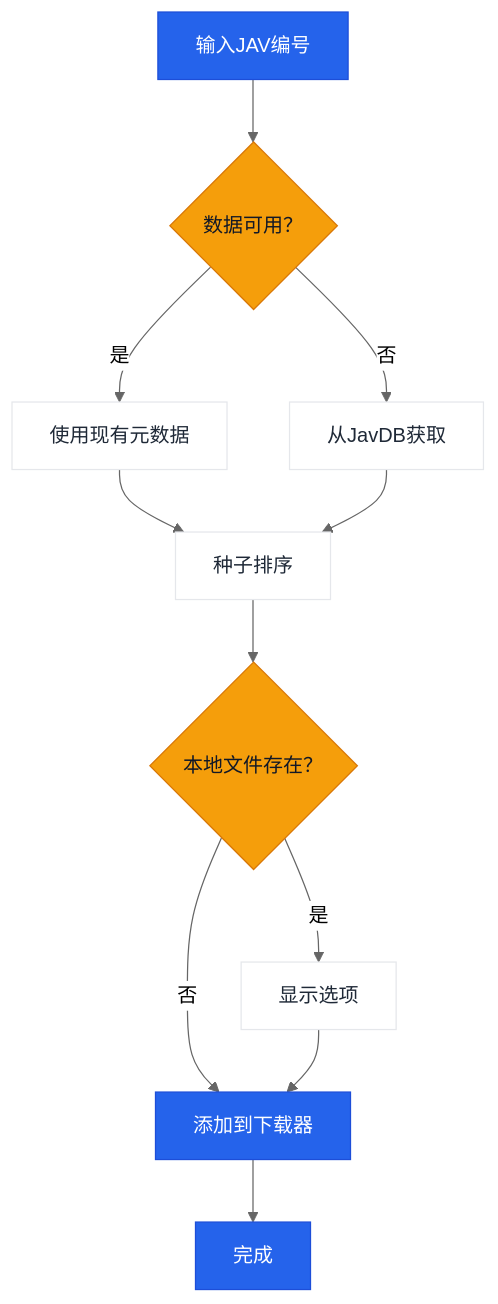
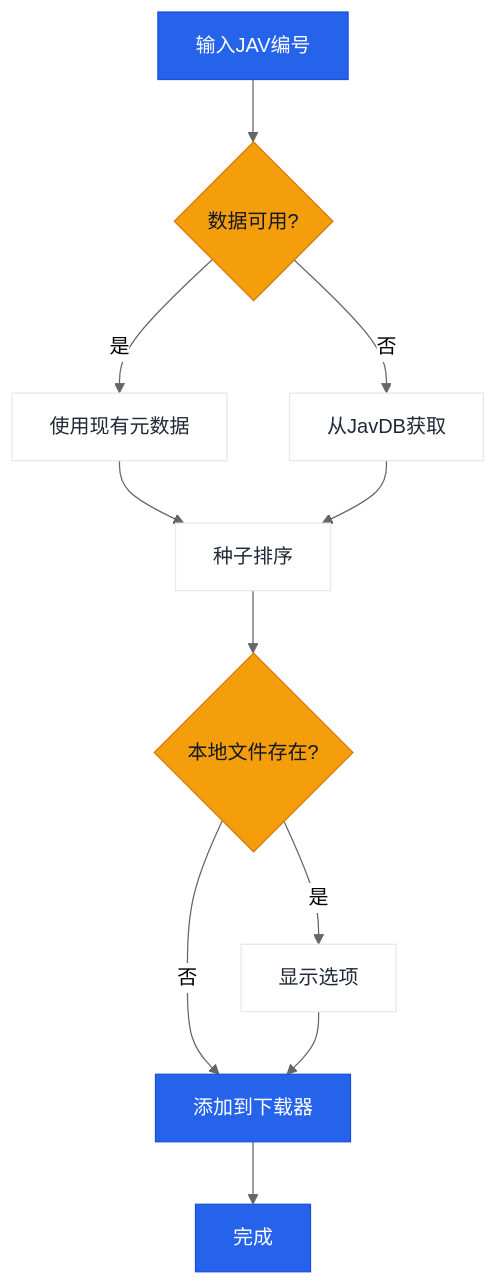
The diagram in README.zh-CN.md (jqknono/jav-manager), drawn with Mermaid (neutral theme) before and after one commit. The commit also changed other lines of this file and 19 other files, not shown here.

````diff
--- a/README.zh-CN.md
+++ b/README.zh-CN.md
@@ -20,21 +19,21 @@
 ```mermaid
 flowchart TD
-    A[输入JAV编号] --> B{数据可用？}
+    A[输入JAV编号] --> B{数据可用?}
     B -->|是| C[使用现有元数据]
     B -->|否| D[从JavDB获取]
     C --> E[种子排序]
     D --> E
-    E --> F{本地文件存在？}
+    E --> F{本地文件存在?}
     F -->|是| G[显示选项]
     F -->|否| H[添加到下载器]
     G --> H
     H --> I[完成]
 
     classDef primary fill:#2563eb,stroke:#1d4ed8,color:#ffffff;
     classDef decision fill:#f59e0b,stroke:#d97706,color:#111827;
     classDef neutral fill:#ffffff,stroke:#e5e7eb,color:#1f2937;
 
     class A,H,I primary;
     class B,F decision;
     class C,D,E,G neutral;
 ```
````
